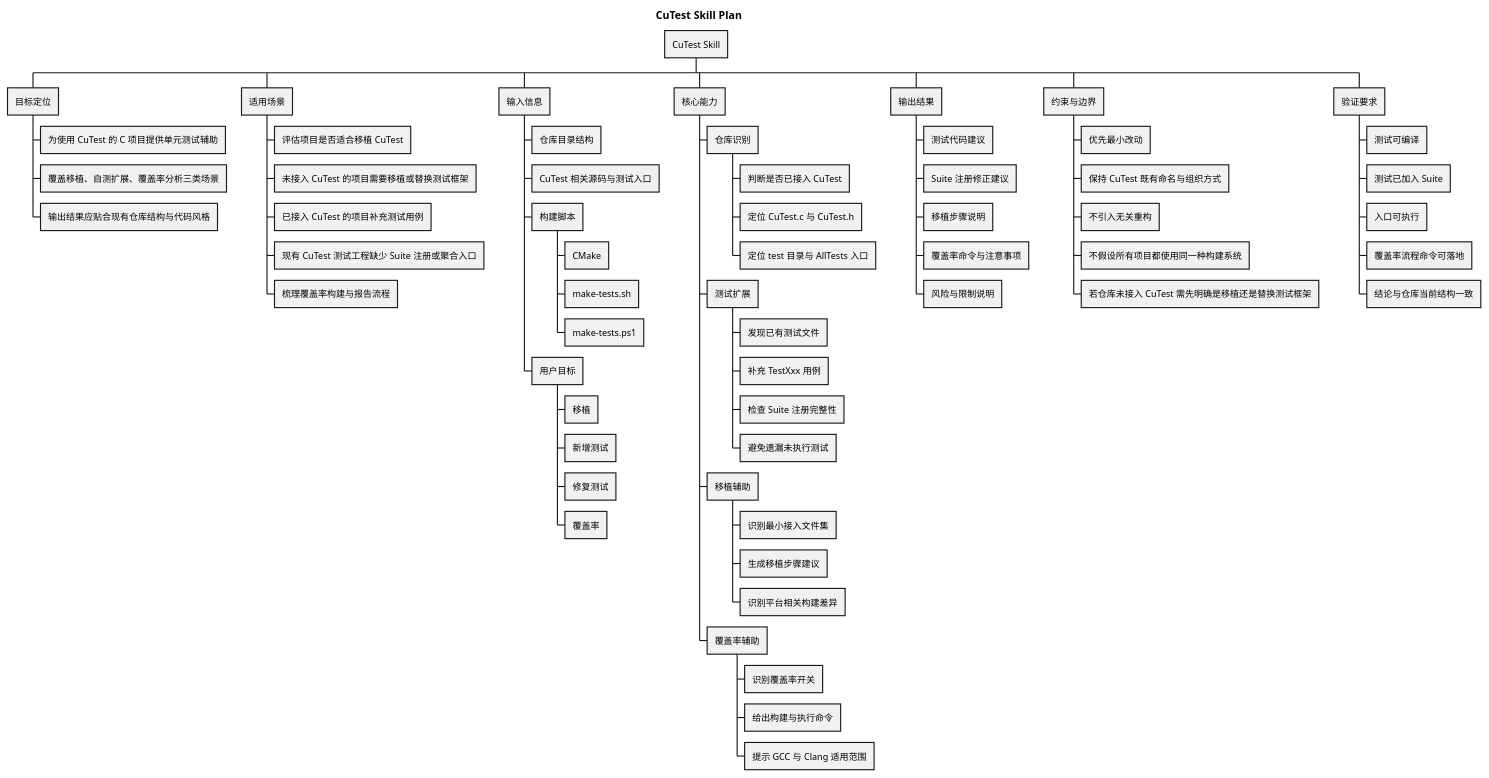
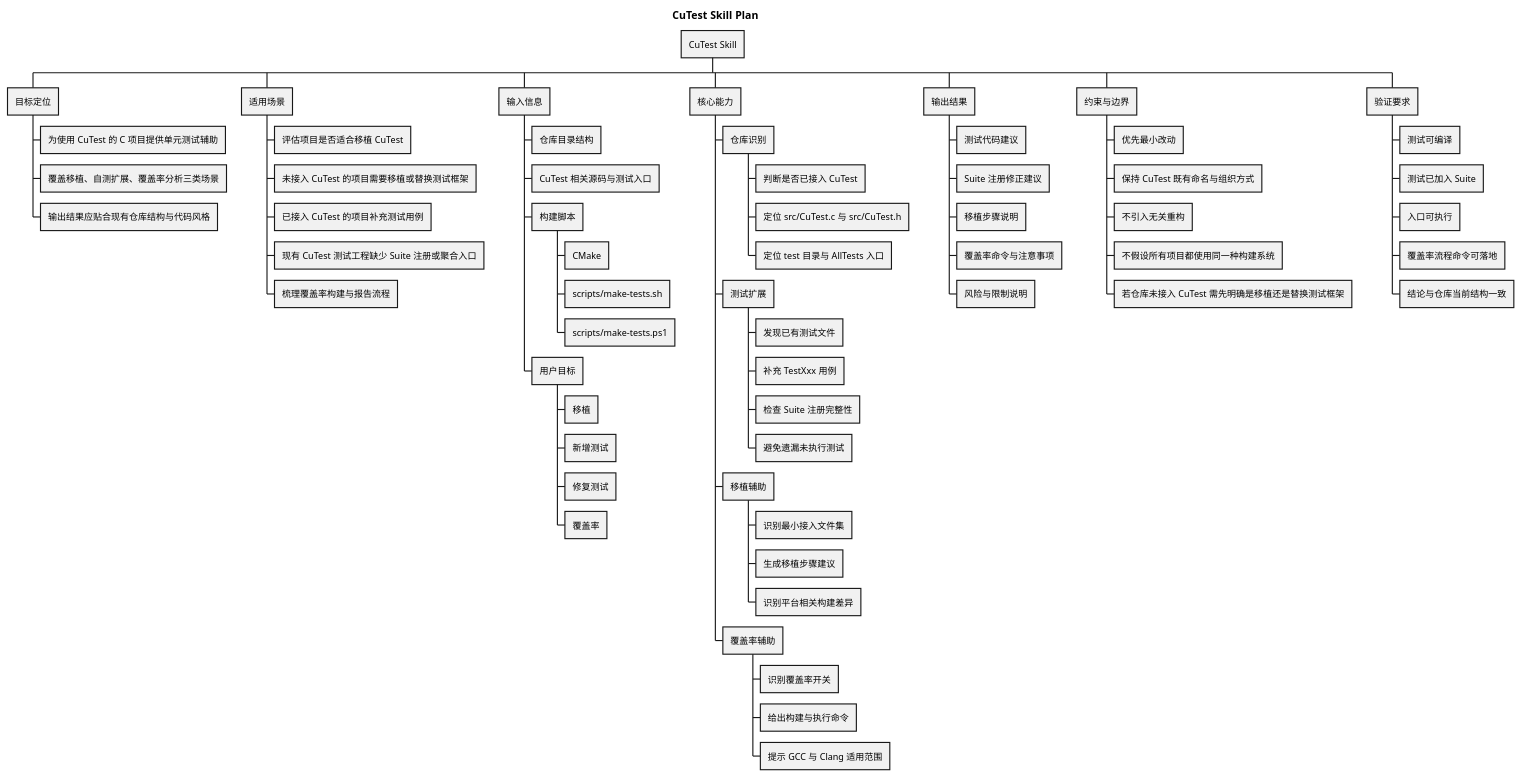
The diagram in docs/cutest_skill_plan.puml (viys/cutest), drawn with PlantUML before and after one commit. The commit also changed 11 other files, not shown here.

Commit message:
refactor: split core sources and test scripts layout

```diff
--- a/docs/cutest_skill_plan.puml
+++ b/docs/cutest_skill_plan.puml
@@ -1,72 +1,72 @@
 @startwbs
 title CuTest Skill Plan
 
 ' 需要先完善项目移植的计划。每个项目移植的方法不一样，目前仅先支持cmake方式的移植。
 
 * CuTest Skill
 ** 目标定位
 *** 为使用 CuTest 的 C 项目提供单元测试辅助
 *** 覆盖移植、自测扩展、覆盖率分析三类场景
 *** 输出结果应贴合现有仓库结构与代码风格
 
 ** 适用场景
 *** 评估项目是否适合移植 CuTest
 *** 未接入 CuTest 的项目需要移植或替换测试框架
 *** 已接入 CuTest 的项目补充测试用例
 *** 现有 CuTest 测试工程缺少 Suite 注册或聚合入口
 *** 梳理覆盖率构建与报告流程
 
 ** 输入信息
 *** 仓库目录结构
 *** CuTest 相关源码与测试入口
 *** 构建脚本
 **** CMake
-**** make-tests.sh
-**** make-tests.ps1
+**** scripts/make-tests.sh
+**** scripts/make-tests.ps1
 *** 用户目标
 **** 移植
 **** 新增测试
 **** 修复测试
 **** 覆盖率
 
 ** 核心能力
 *** 仓库识别
 **** 判断是否已接入 CuTest
-**** 定位 CuTest.c 与 CuTest.h
+**** 定位 src/CuTest.c 与 src/CuTest.h
 **** 定位 test 目录与 AllTests 入口
 *** 测试扩展
 **** 发现已有测试文件
 **** 补充 TestXxx 用例
 **** 检查 Suite 注册完整性
 **** 避免遗漏未执行测试
 *** 移植辅助
 **** 识别最小接入文件集
 **** 生成移植步骤建议
 **** 识别平台相关构建差异
 *** 覆盖率辅助
 **** 识别覆盖率开关
 **** 给出构建与执行命令
 **** 提示 GCC 与 Clang 适用范围
 
 ** 输出结果
 *** 测试代码建议
 *** Suite 注册修正建议
 *** 移植步骤说明
 *** 覆盖率命令与注意事项
 *** 风险与限制说明
 
 ** 约束与边界
 *** 优先最小改动
 *** 保持 CuTest 既有命名与组织方式
 *** 不引入无关重构
 *** 不假设所有项目都使用同一种构建系统
 *** 若仓库未接入 CuTest 需先明确是移植还是替换测试框架
 
 ** 验证要求
 *** 测试可编译
 *** 测试已加入 Suite
 *** 入口可执行
 *** 覆盖率流程命令可落地
 *** 结论与仓库当前结构一致
 
 @endwbs
```
